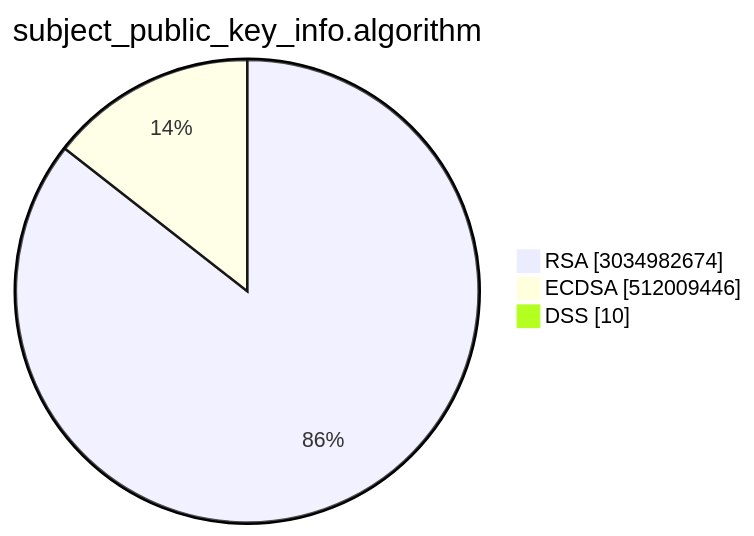
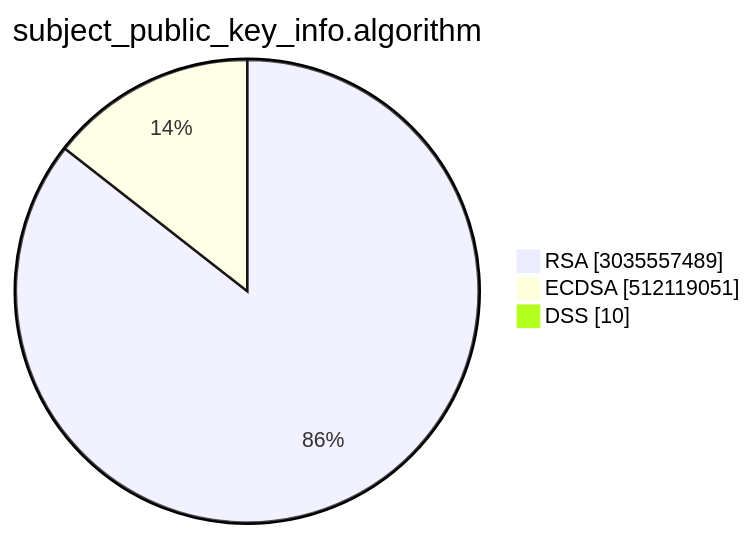
One commit to christiankrug/ctmonitor_visualization changed the second of 15 diagrams in TOTAL/README.md. Above: the diagram before and after it, drawn with Mermaid. The commit also changed other lines of this file, not shown here.

````diff
--- a/TOTAL/README.md
+++ b/TOTAL/README.md
@@ -6,7 +6,7 @@
 ```mermaid
 pie showData
 title subject_public_key_info.algorithm
-"RSA" :3034982674
-"ECDSA" :512009446
+"RSA" :3035557489
+"ECDSA" :512119051
 "DSS" :10
 ```
````
